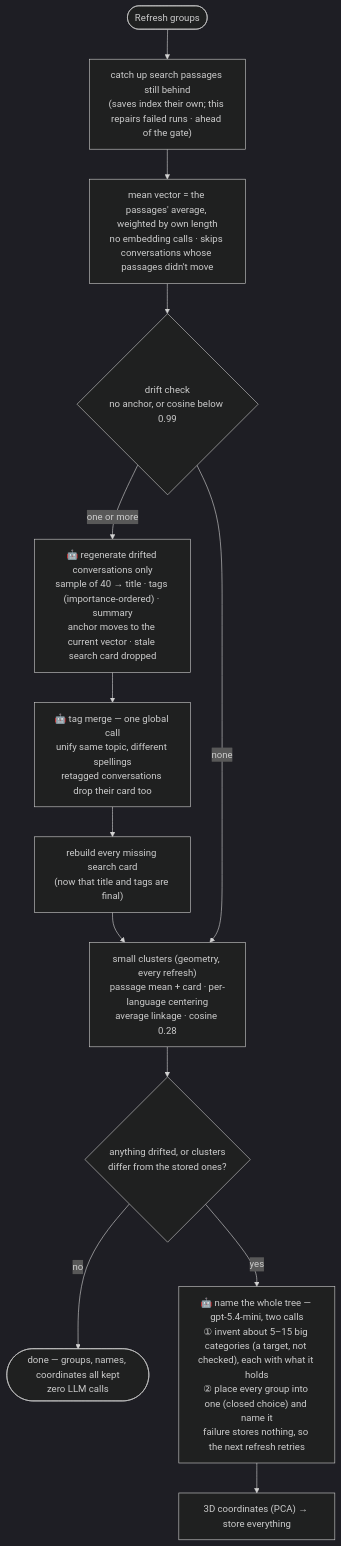
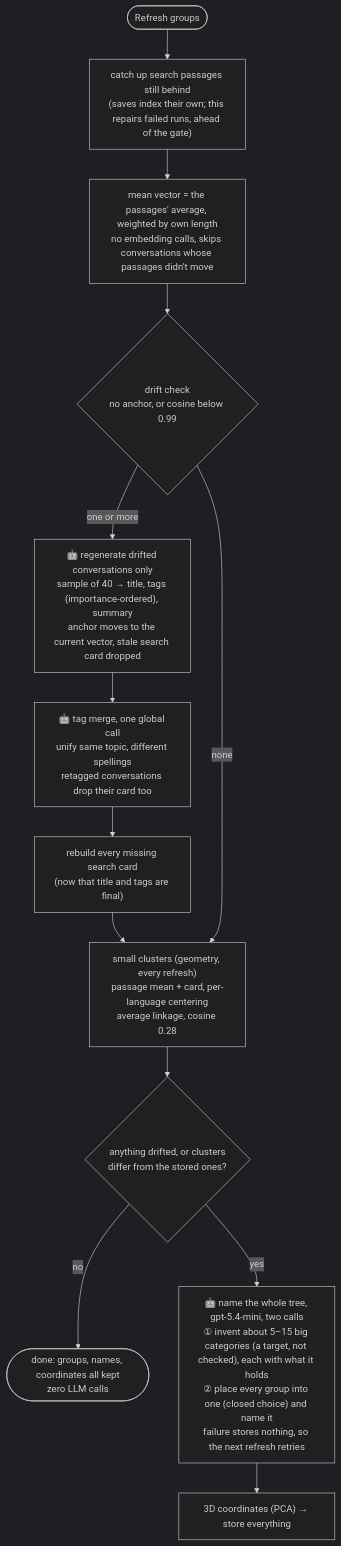
The third of 4 diagrams in ARCHITECTURE.md (seung-gu/sgmcp), drawn with Mermaid (dark theme) before and after one commit. The commit also changed other lines of this file and 15 other files, not shown here.

First line of the commit message:
Lead the architecture doc with a flow overview and add a Korean version

````diff
--- a/ARCHITECTURE.md
+++ b/ARCHITECTURE.md
@@ -102,15 +125,15 @@
 ```mermaid
 flowchart TD
-    S([Refresh groups]) --> C["catch up search passages still behind<br/>(saves index their own; this repairs failed runs · ahead of the gate)"]
-    C --> E["mean vector = the passages' average, weighted by own length<br/>no embedding calls · skips conversations whose passages didn't move"]
+    S([Refresh groups]) --> C["catch up search passages still behind<br/>(saves index their own; this repairs failed runs, ahead of the gate)"]
+    C --> E["mean vector = the passages' average, weighted by own length<br/>no embedding calls, skips conversations whose passages didn't move"]
     E --> G{"drift check<br/>no anchor, or cosine below 0.99"}
-    G -- "one or more" --> M["🤖 regenerate drifted conversations only<br/>sample of 40 → title · tags (importance-ordered) · summary<br/>anchor moves to the current vector · stale search card dropped"]
-    M --> T["🤖 tag merge — one global call<br/>unify same topic, different spellings<br/>retagged conversations drop their card too"]
+    G -- "one or more" --> M["🤖 regenerate drifted conversations only<br/>sample of 40 → title, tags (importance-ordered), summary<br/>anchor moves to the current vector, stale search card dropped"]
+    M --> T["🤖 tag merge, one global call<br/>unify same topic, different spellings<br/>retagged conversations drop their card too"]
     T --> RC["rebuild every missing search card<br/>(now that title and tags are final)"]
     RC --> K
-    G -- "none" --> K["small clusters (geometry, every refresh)<br/>passage mean + card · per-language centering<br/>average linkage · cosine 0.28"]
+    G -- "none" --> K["small clusters (geometry, every refresh)<br/>passage mean + card, per-language centering<br/>average linkage, cosine 0.28"]
     K --> CH{"anything drifted, or clusters<br/>differ from the stored ones?"}
-    CH -- "no" --> X(["done — groups, names, coordinates all kept<br/>zero LLM calls"])
-    CH -- "yes" --> N["🤖 name the whole tree — gpt-5.4-mini, two calls<br/>① invent about 5–15 big categories (a target, not checked), each with what it holds<br/>② place every group into one (closed choice) and name it<br/>failure stores nothing, so the next refresh retries"]
+    CH -- "no" --> X(["done: groups, names, coordinates all kept<br/>zero LLM calls"])
+    CH -- "yes" --> N["🤖 name the whole tree, gpt-5.4-mini, two calls<br/>① invent about 5–15 big categories (a target, not checked), each with what it holds<br/>② place every group into one (closed choice) and name it<br/>failure stores nothing, so the next refresh retries"]
     N --> P["3D coordinates (PCA) → store everything"]
 ```
````
